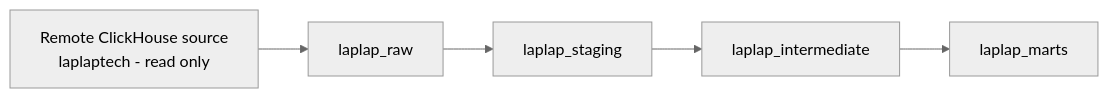
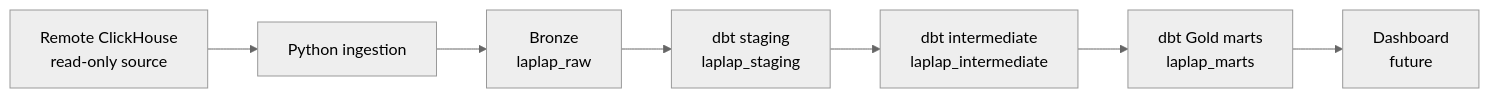
The first of 2 diagrams in README.md (duckonthemic/laplaptech_data), drawn with Mermaid (neutral theme) before and after one commit. The commit also changed other lines of this file and 2 other files, not shown here.

Commit message:
docs: add architecture and full-load runbook

````diff
--- a/README.md
+++ b/README.md
@@ -37,7 +17,9 @@
 ```mermaid
 flowchart LR
-    source[Remote ClickHouse source<br/>laplaptech - read only] --> raw[laplap_raw]
-    raw --> staging[laplap_staging]
-    staging --> intermediate[laplap_intermediate]
-    intermediate --> marts[laplap_marts]
+    source[Remote ClickHouse<br/>read-only source] --> ingest[Python ingestion]
+    ingest --> raw[Bronze<br/>laplap_raw]
+    raw --> staging[dbt staging<br/>laplap_staging]
+    staging --> intermediate[dbt intermediate<br/>laplap_intermediate]
+    intermediate --> marts[dbt Gold marts<br/>laplap_marts]
+    marts --> dashboard[Dashboard<br/>future]
 ```
````
